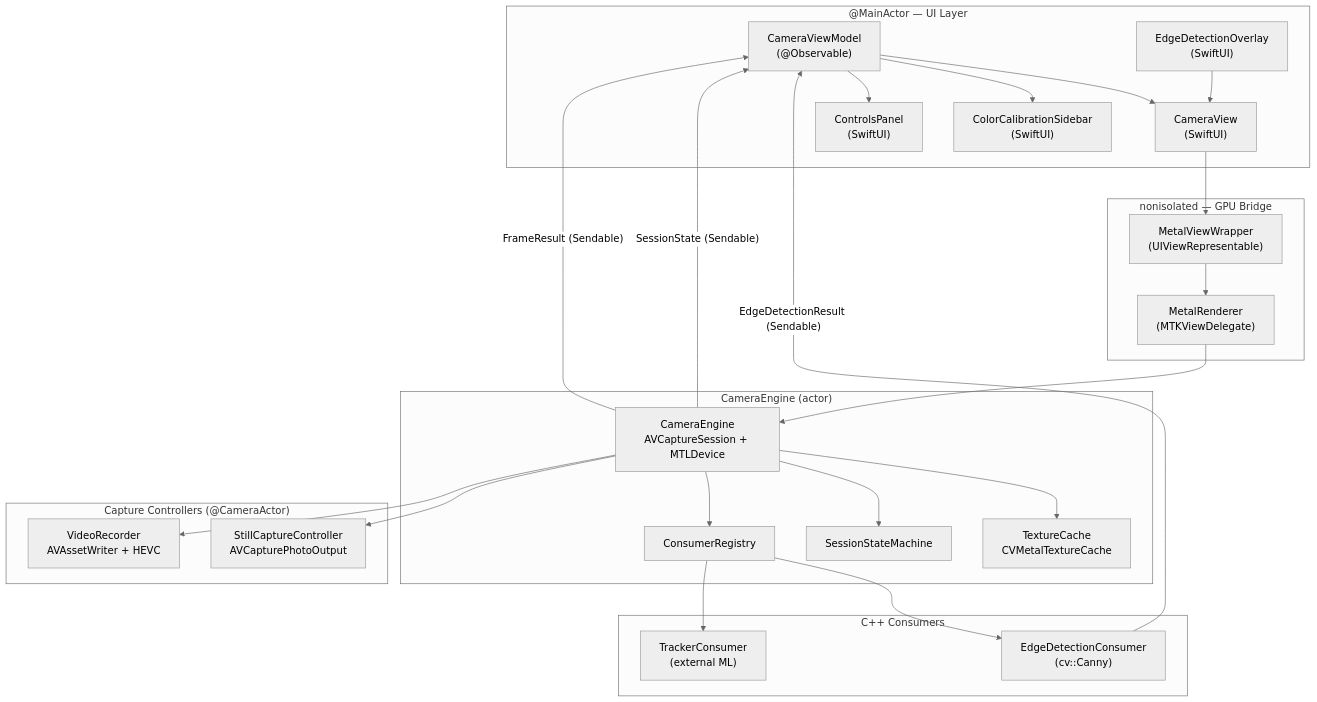
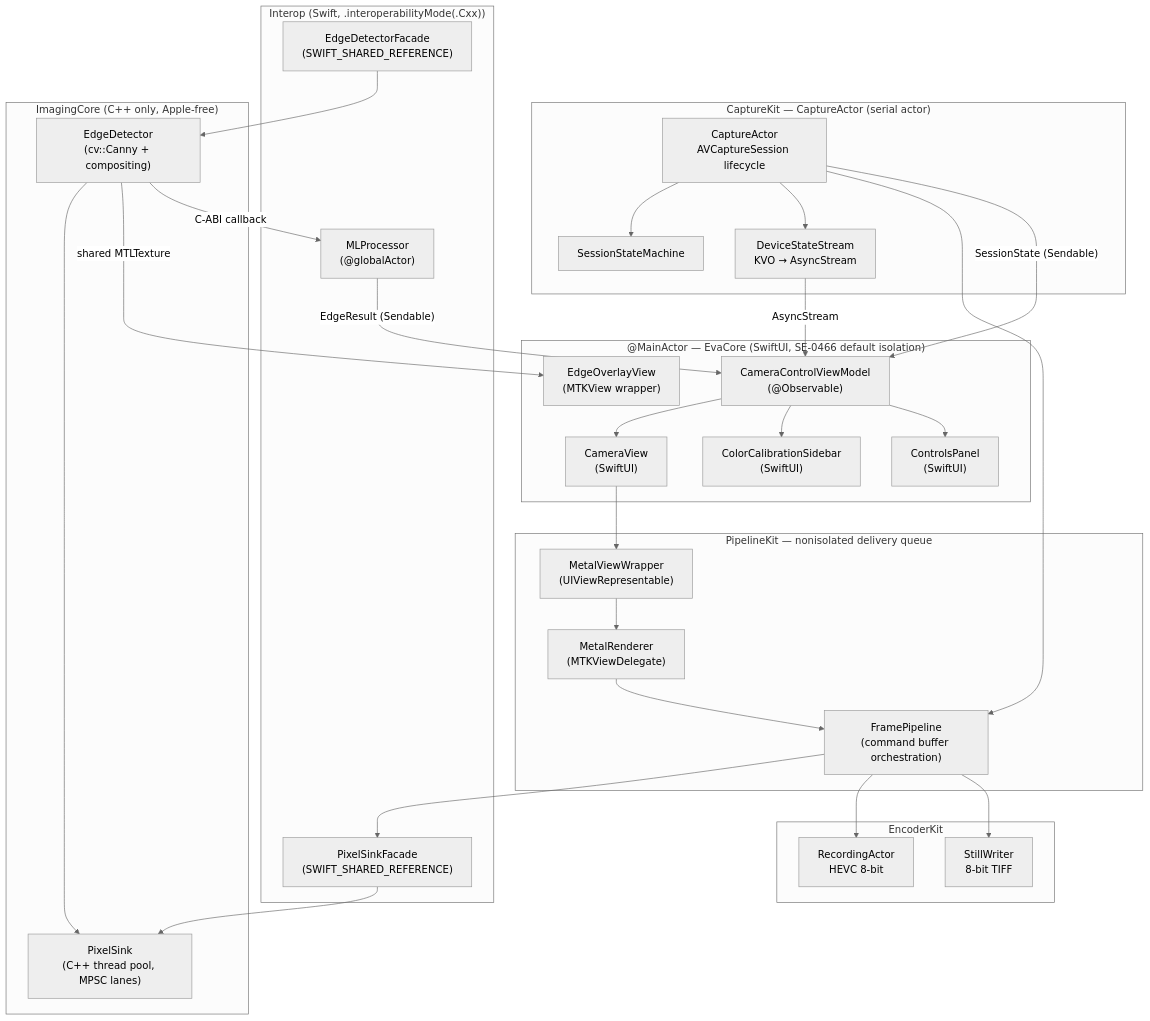
Before and after one commit to Shreeyak/camera2-ios-translation: the first of 3 diagrams in design/01-architecture.md, drawn with Mermaid (neutral theme). The commit also changed other lines of this file and 42 other files, not shown here.

````diff
--- a/design/01-architecture.md
+++ b/design/01-architecture.md
@@ -14,54 +14,64 @@
 ```mermaid
 graph TD
-    subgraph MainActor["@MainActor — UI Layer"]
-        VM["CameraViewModel\n(@Observable)"]
+    subgraph MainActor["@MainActor — EvaCore (SwiftUI, SE-0466 default isolation)"]
+        VM["CameraControlViewModel\n(@Observable)"]
         SV["CameraView\n(SwiftUI)"]
-        OV["EdgeDetectionOverlay\n(SwiftUI)"]
+        OV["EdgeOverlayView\n(MTKView wrapper)"]
         CS["ColorCalibrationSidebar\n(SwiftUI)"]
         CP["ControlsPanel\n(SwiftUI)"]
     end
 
-    subgraph Bridge["nonisolated — GPU Bridge"]
+    subgraph PipelineKit["PipelineKit — nonisolated delivery queue"]
+        FP["FramePipeline\n(command buffer orchestration)"]
         MR["MetalRenderer\n(MTKViewDelegate)"]
         MW["MetalViewWrapper\n(UIViewRepresentable)"]
     end
 
-    subgraph Engine["CameraEngine (actor)"]
-        CE["CameraEngine\nAVCaptureSession + MTLDevice"]
-        TC["TextureCache\nCVMetalTextureCache"]
+    subgraph CaptureKit["CaptureKit — CaptureActor (serial actor)"]
+        CA["CaptureActor\nAVCaptureSession lifecycle"]
+        DSS["DeviceStateStream\nKVO → AsyncStream"]
         SM["SessionStateMachine"]
-        CR["ConsumerRegistry"]
     end
 
-    subgraph Consumers["C++ Consumers"]
-        EC["EdgeDetectionConsumer\n(cv::Canny)"]
-        TC2["TrackerConsumer\n(external ML)"]
+    subgraph EncoderKit["EncoderKit"]
+        RA["RecordingActor\nHEVC 8-bit"]
+        SW["StillWriter\n8-bit TIFF"]
     end
 
-    subgraph Capture["Capture Controllers (@CameraActor)"]
-        SC["StillCaptureController\nAVCapturePhotoOutput"]
-        VR["VideoRecorder\nAVAssetWriter + HEVC"]
+    subgraph Interop["Interop (Swift, .interoperabilityMode(.Cxx))"]
+        PSF["PixelSinkFacade\n(SWIFT_SHARED_REFERENCE)"]
+        EDF["EdgeDetectorFacade\n(SWIFT_SHARED_REFERENCE)"]
+        MLP["MLProcessor\n(@globalActor)"]
+    end
+
+    subgraph ImagingCore["ImagingCore (C++ only, Apple-free)"]
+        PS["PixelSink\n(C++ thread pool, MPSC lanes)"]
+        ED["EdgeDetector\n(cv::Canny + compositing)"]
     end
 
     SV --> MW
     VM --> SV
     VM --> CS
     VM --> CP
-    OV --> SV
 
     MW --> MR
-    MR --> CE
+    MR --> FP
 
-    CE --> TC
-    CE --> SM
-    CE --> CR
-    CE --> SC
-    CE --> VR
+    CA --> SM
+    CA --> DSS
+    CA --> FP
 
-    CR --> EC
-    CR --> TC2
+    FP --> PSF
+    FP --> RA
+    FP --> SW
 
-    EC -->|"EdgeDetectionResult (Sendable)"| VM
-    CE -->|"SessionState (Sendable)"| VM
-    CE -->|"FrameResult (Sendable)"| VM
+    PSF --> PS
+    EDF --> ED
+    ED --> PS
+
+    ED -->|"shared MTLTexture"| OV
+    MLP -->|"EdgeResult (Sendable)"| VM
+    ED -->|"C-ABI callback"| MLP
+    CA -->|"SessionState (Sendable)"| VM
+    DSS -->|"AsyncStream<CameraState.Snapshot>"| VM
 ```
````
